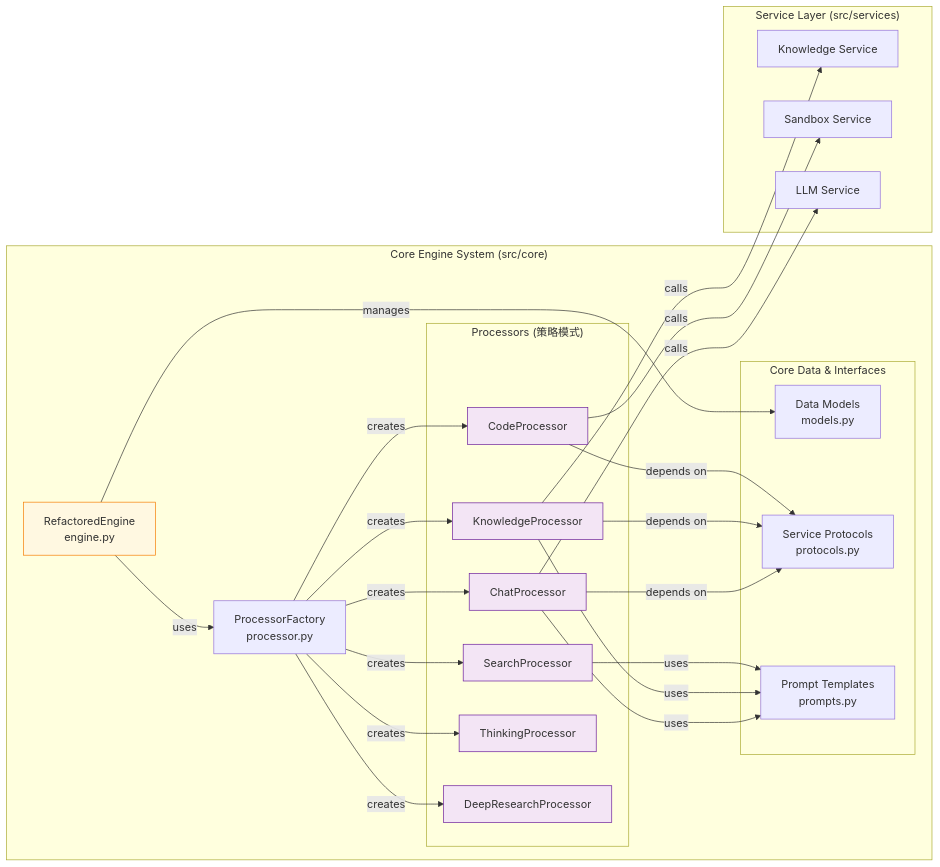
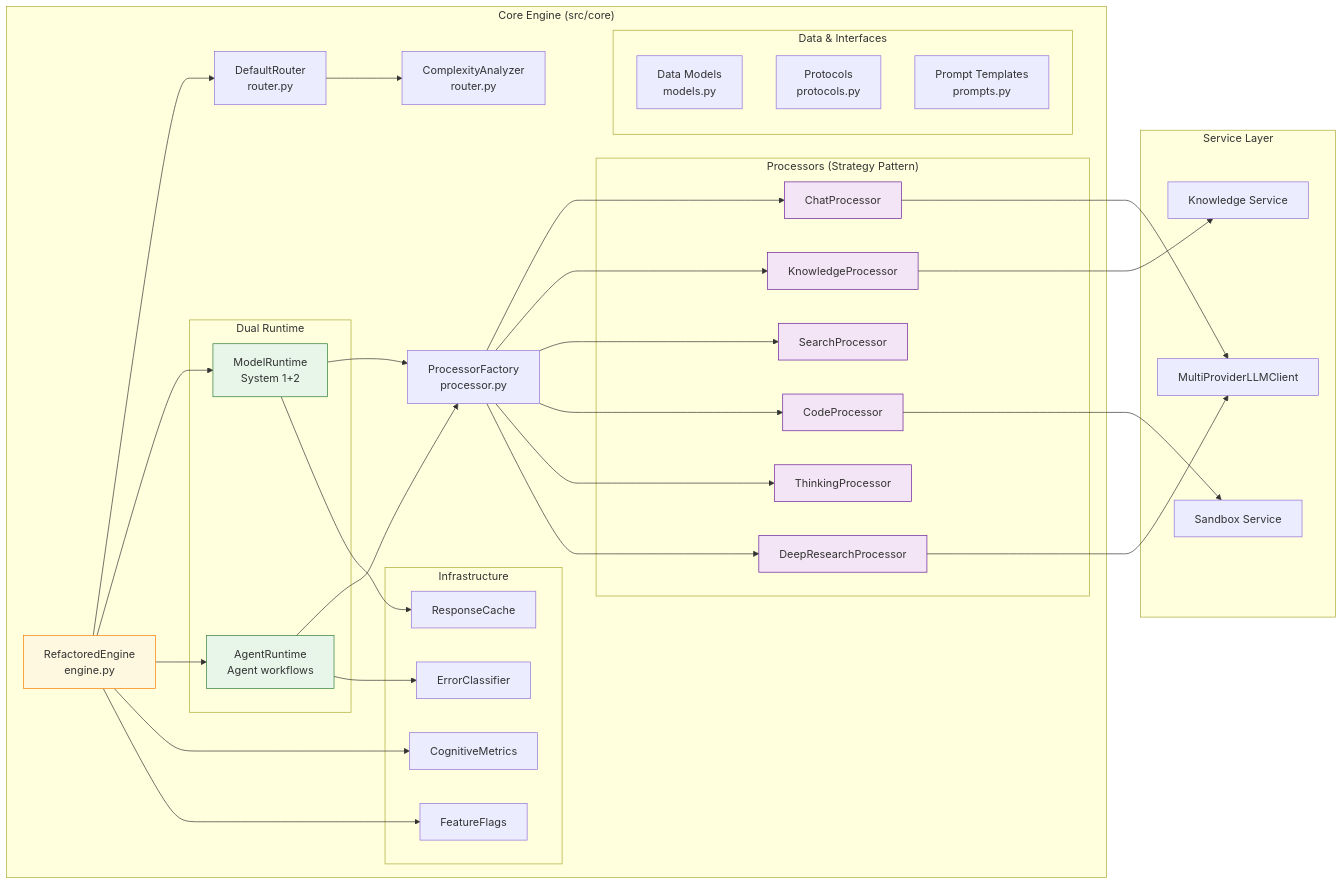
The third of 6 diagrams in Architecture_Refactoring_Toolkit/project_docs/06_architecture_and_design_document.md (Zenobia000/openagent_backend), drawn with Mermaid before and after one commit. The commit also changed other lines of this file and 108 other files, not shown here.

````diff
--- a/Architecture_Refactoring_Toolkit/project_docs/06_architecture_and_design_document.md
+++ b/Architecture_Refactoring_Toolkit/project_docs/06_architecture_and_design_document.md
@@ -121,54 +140,74 @@
 ```mermaid
 graph LR
-    subgraph "Core Engine System (src/core)"
+    subgraph "Core Engine (src/core)"
         Engine[RefactoredEngine<br/>engine.py]
+        Router[DefaultRouter<br/>router.py]
+        CxAnalyzer[ComplexityAnalyzer<br/>router.py]
+
+        subgraph "Dual Runtime"
+            MRT[ModelRuntime<br/>System 1+2]
+            ART[AgentRuntime<br/>Agent workflows]
+        end
+
         Factory[ProcessorFactory<br/>processor.py]
 
-        subgraph "Processors (策略模式)"
+        subgraph "Processors (Strategy Pattern)"
             Chat[ChatProcessor]
             Knowledge[KnowledgeProcessor]
             Search[SearchProcessor]
             Code[CodeProcessor]
             Thinking[ThinkingProcessor]
             DeepResearch[DeepResearchProcessor]
         end
 
-        subgraph "Core Data & Interfaces"
+        subgraph "Infrastructure"
+            Cache[ResponseCache]
+            Metrics[CognitiveMetrics]
+            ErrCls[ErrorClassifier]
+            Flags[FeatureFlags]
+        end
+
+        subgraph "Data & Interfaces"
             Models[Data Models<br/>models.py]
-            Protocols[Service Protocols<br/>protocols.py]
+            Protocols[Protocols<br/>protocols.py]
             Prompts[Prompt Templates<br/>prompts.py]
         end
     end
-    
-    subgraph "Service Layer (src/services)"
+
+    subgraph "Service Layer"
+        LLMSvc[MultiProviderLLMClient]
         KnowledgeSvc[Knowledge Service]
         SandboxSvc[Sandbox Service]
-        LLMSvc[LLM Service]
     end
 
-    Engine -- "uses" --> Factory
-    Engine -- "manages" --> Models
-    
-    Factory -- "creates" --> Chat
-    Factory -- "creates" --> Knowledge
-    Factory -- "creates" --> Search
-    Factory -- "creates" --> Code
-    Factory -- "creates" --> Thinking
-    Factory -- "creates" --> DeepResearch
+    Engine --> Router
+    Router --> CxAnalyzer
+    Engine --> MRT
+    Engine --> ART
 
-    Chat -- "uses" --> Prompts
-    Knowledge -- "uses" --> Prompts
-    Search -- "uses" --> Prompts
-    
-    Chat -- "depends on" --> Protocols
-    Knowledge -- "depends on" --> Protocols
-    Code -- "depends on" --> Protocols
+    MRT --> Factory
+    MRT --> Cache
+    ART --> Factory
+    ART --> ErrCls
 
-    Knowledge -- "calls" --> KnowledgeSvc
-    Code -- "calls" --> SandboxSvc
-    Chat -- "calls" --> LLMSvc
-    
+    Factory --> Chat
+    Factory --> Knowledge
+    Factory --> Search
+    Factory --> Code
+    Factory --> Thinking
+    Factory --> DeepResearch
+
+    Chat --> LLMSvc
+    Knowledge --> KnowledgeSvc
+    Code --> SandboxSvc
+    DeepResearch --> LLMSvc
+
+    Engine --> Metrics
+    Engine --> Flags
+
     style Engine fill:#FFF8E1,stroke:#F57C00
     classDef processor fill:#F3E5F5,stroke:#6A1B9A
+    classDef runtime fill:#E8F5E9,stroke:#2E7D32
     class Chat,Knowledge,Search,Code,Thinking,DeepResearch processor
+    class MRT,ART runtime
 ```
````
